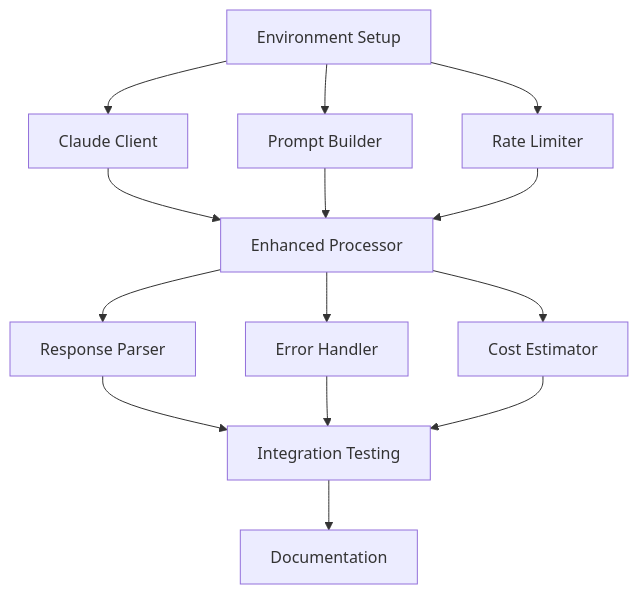
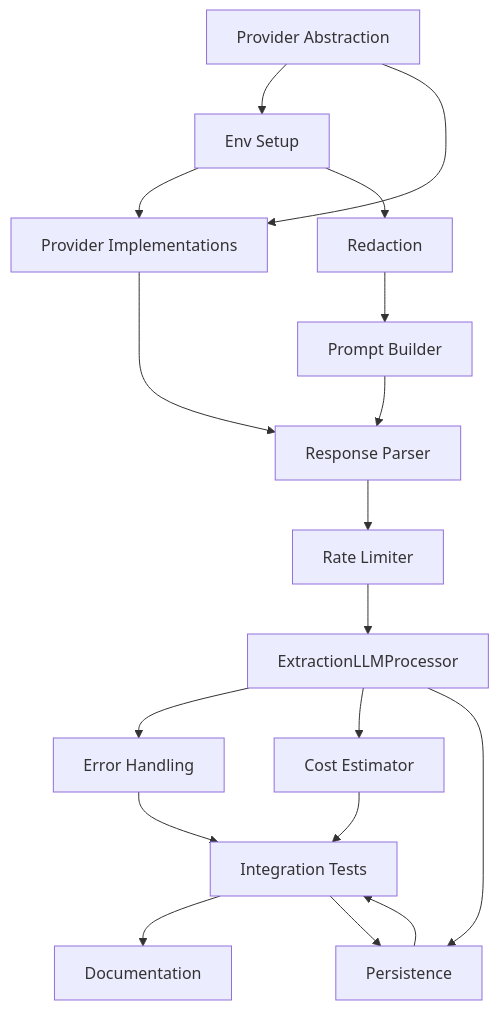
The diagram in .agent-os/specs/2025-01-08-claude-pro-integration/tasks.md (nathanvale/mnemosyne), drawn with Mermaid before and after one commit. The commit also changed other lines of this file and 14 other files, not shown here.

First line of the commit message:
docs: Add comprehensive Claude Pro integration specifications (#128)

````diff
--- a/.agent-os/specs/2025-01-08-claude-pro-integration/tasks.md
+++ b/.agent-os/specs/2025-01-08-claude-pro-integration/tasks.md
@@ -102,16 +140,20 @@
 ```mermaid
 graph TD
-    T1[Environment Setup] --> T2[Claude Client]
-    T1 --> T3[Prompt Builder]
-    T1 --> T4[Rate Limiter]
-    T2 --> T5[Enhanced Processor]
-    T3 --> T5
-    T4 --> T5
-    T5 --> T6[Response Parser]
-    T5 --> T7[Error Handler]
-    T5 --> T8[Cost Estimator]
-    T6 --> T9[Integration Testing]
-    T7 --> T9
-    T8 --> T9
-    T9 --> T10[Documentation]
+  T0[Provider Abstraction] --> T1[Env Setup]
+  T0 --> T2[Provider Implementations]
+  T1 --> T2
+  T1 --> T3[Redaction]
+  T3 --> T4[Prompt Builder]
+  T4 --> T5[Response Parser]
+  T2 --> T5
+  T5 --> T6[Rate Limiter]
+  T6 --> T7[ExtractionLLMProcessor]
+  T7 --> T8[Error Handling]
+  T7 --> T9[Cost Estimator]
+  T7 --> T12[Persistence]
+  T12 --> T10[Integration Tests]
+  T8 --> T10[Integration Tests]
+  T9 --> T10
+  T10 --> T11[Documentation]
+  T10 --> T12
 ```
````
